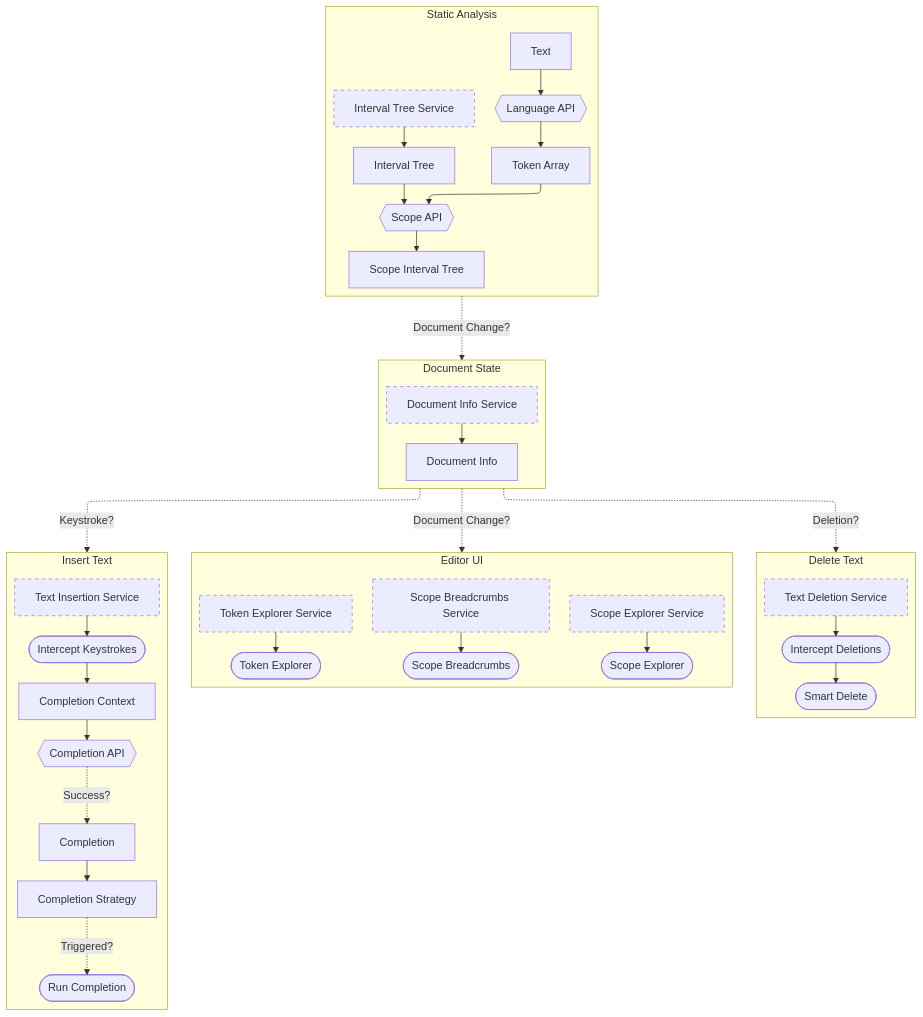
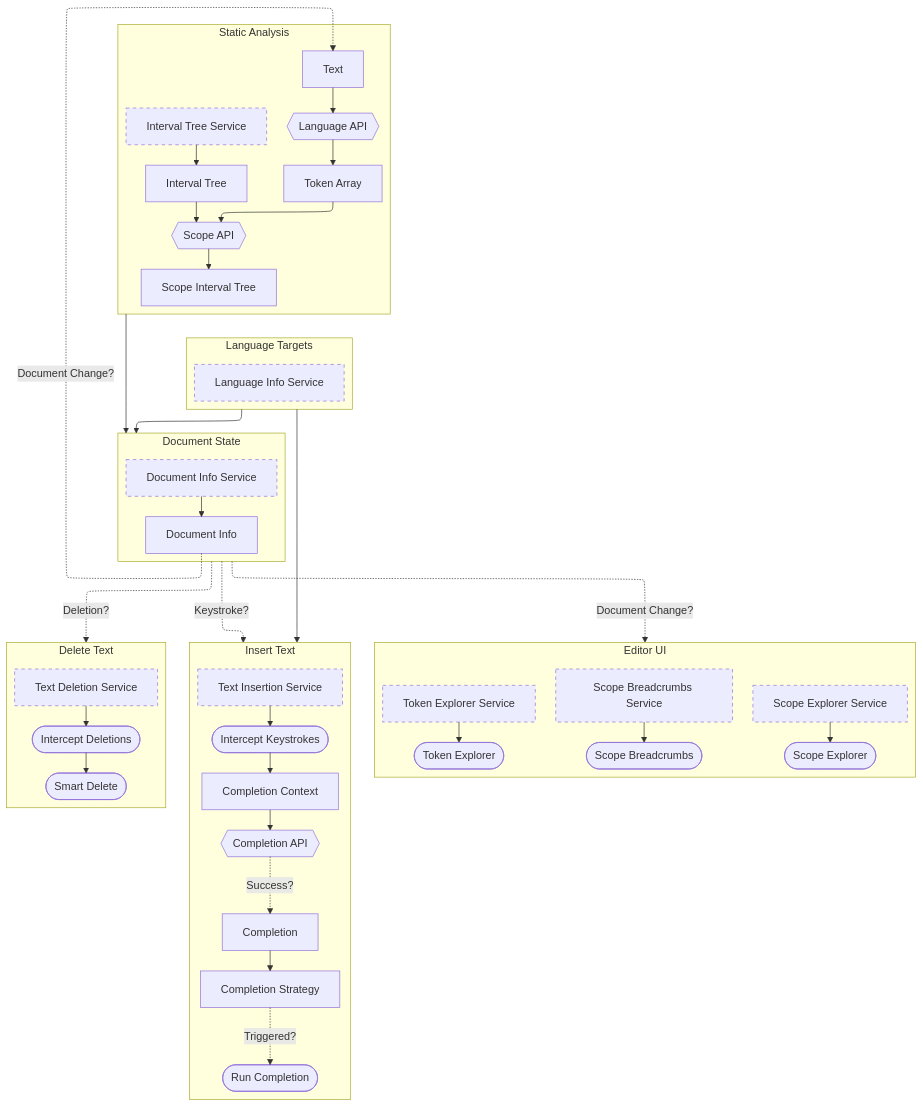
One commit to aeckar/deadeye changed the first of 2 diagrams in ARCHITECTURE.md. Above: the diagram before and after it, drawn with Mermaid. The commit also changed other lines of this file and 1 other file, not shown here.

Commit message:
progress

````diff
--- a/ARCHITECTURE.md
+++ b/ARCHITECTURE.md
@@ -8,7 +8,11 @@
     %% Styling for dotted outline services
     classDef serviceStyle stroke-dasharray: 5 5;
 
-    %% Subgraphs
+    %% Top Level Subgraphs
+    subgraph LanguageTargets["Language Targets"]
+        LangInfoSvc["Language Info Service"]
+    end
+
     subgraph StaticAnalysis["Static Analysis"]
         Text["Text"]
         Tokens["Token Array"]
@@ -25,15 +29,7 @@
         DocInfoSvc --> DocInfo
     end
 
-    subgraph DeleteText["Delete Text"]
-        TextDeletionSvc["Text Deletion Service"]
-        InterceptDeletions(["Intercept Deletions"])
-        SmartDelete(["Smart Delete"])
-
-        TextDeletionSvc --> InterceptDeletions
-        InterceptDeletions --> SmartDelete
-    end
-
+    %% Lower Flow Subgraphs
     subgraph EditorUI["Editor UI"]
         ScopeBreadcrumbsSvc["Scope Breadcrumbs Service"]
         ScopeExplorerSvc["Scope Explorer Service"]
@@ -44,7 +40,7 @@
         TokenExplorer(["Token Explorer"])
     end
 
-    subgraph CompletionEngine["Insert Text"]
+    subgraph InsertText["Insert Text"]
         TextInsertionSvc["Text Insertion Service"]
         InterceptKeystrokes(["Intercept Keystrokes"])
         CompletionContext["Completion Context"]
@@ -57,35 +53,47 @@
         InterceptKeystrokes --> CompletionContext
     end
 
-    %% Connections inside Static Analysis
+    subgraph DeleteText["Delete Text"]
+        TextDeletionSvc["Text Deletion Service"]
+        InterceptDeletions(["Intercept Deletions"])
+        SmartDelete(["Smart Delete"])
+
+        TextDeletionSvc --> InterceptDeletions
+        InterceptDeletions --> SmartDelete
+    end
+
+    %% Dependencies from Language Targets
+    LanguageTargets --> DocumentState
+    LanguageTargets --> InsertText
+
+    %% Internal Static Analysis Flow
     Text --> LangAPI
     LangAPI --> Tokens
-
     Tokens --> ScopeAPI
     ScopeAPI --> Scopes
     IntervalTreeSvc --> IntervalTree
     IntervalTree --> ScopeAPI
 
-    %% Flow out of Static Analysis
-    StaticAnalysis -.->|"Document Change?"| DocumentState
+    %% Flow between Analysis & State
+    StaticAnalysis --> DocumentState
+    DocInfo -.->|"Document Change?"| Text
 
-    %% On Request connections from Document State
+    %% Event Dispatching from Document State
     DocumentState -.->|"Document Change?"| EditorUI
-    DocumentState -.->|"Keystroke?"| CompletionEngine
+    DocumentState -.->|"Keystroke?"| InsertText
     DocumentState -.->|"Deletion?"| DeleteText
 
-    %% UI Services to Final Ovals
+    %% UI Services Output
     ScopeBreadcrumbsSvc --> ScopeBreadcrumbs
     ScopeExplorerSvc --> ScopeExplorer
     TokenExplorerSvc --> TokenExplorer
 
-    %% Internal Completion Pipeline Flow
+    %% Completion Pipeline Flow
     CompletionContext --> CompletionAPI
     CompletionAPI -.->|"Success?"| Completion
     Completion --> CompletionStrategy
     CompletionStrategy -.->|"Triggered?"| RunCompletion
 
     %% Services with dotted outlines
-    class IntervalTreeSvc,DocInfoSvc,ScopeBreadcrumbsSvc,ScopeExplorerSvc,TokenExplorerSvc,TextInsertionSvc,TextDeletionSvc serviceStyle;
-
+    class IntervalTreeSvc,DocInfoSvc,ScopeBreadcrumbsSvc,ScopeExplorerSvc,TokenExplorerSvc,TextInsertionSvc,TextDeletionSvc,LangInfoSvc serviceStyle;
 ```
````
